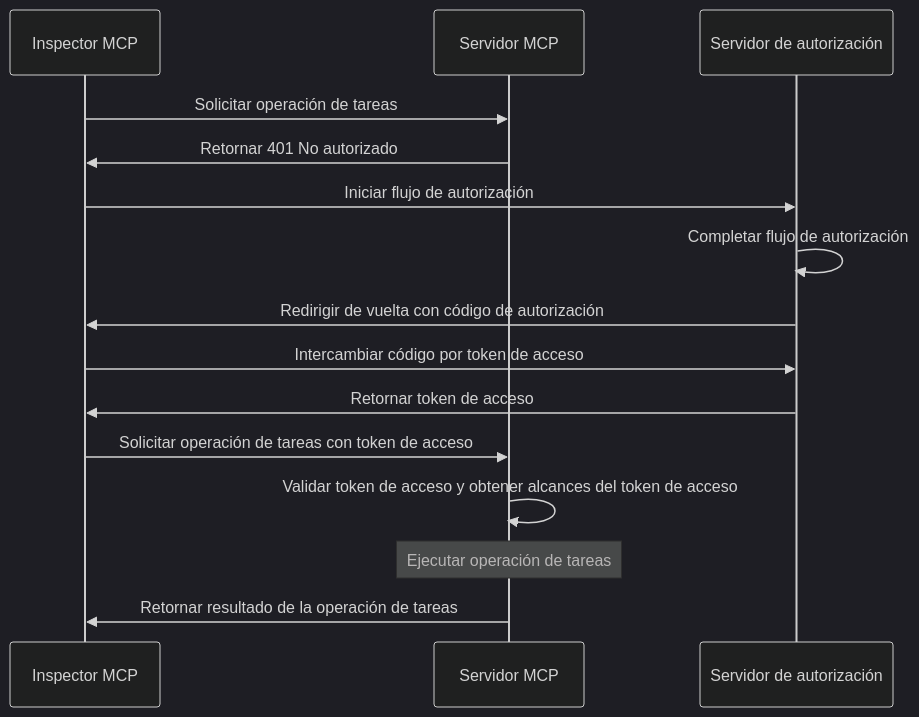
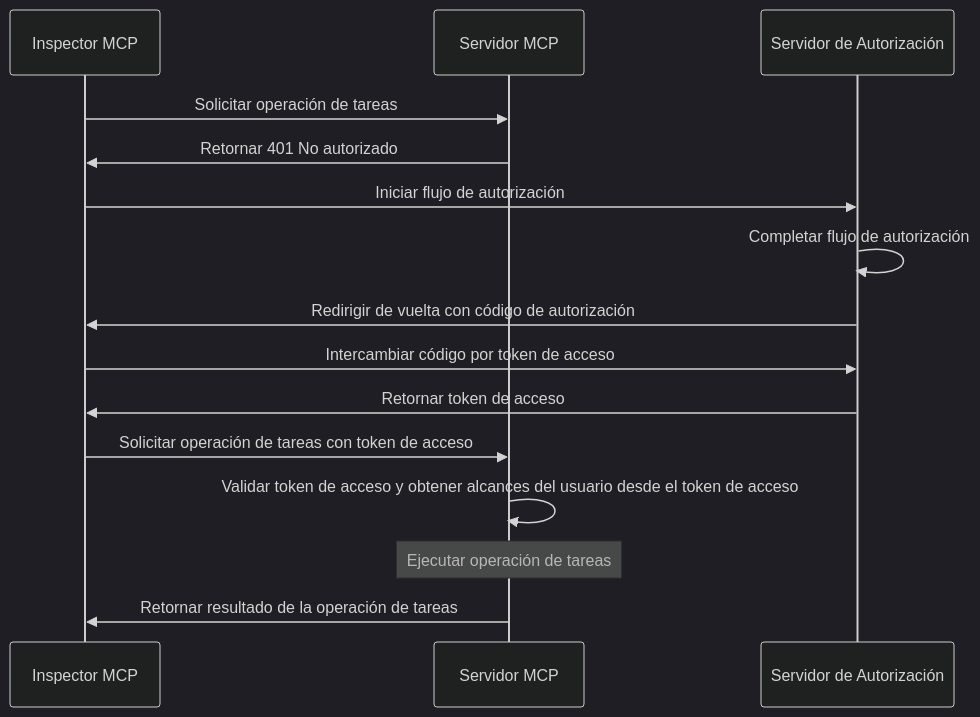
One commit to mcp-auth/docs changed the first of 2 diagrams in i18n/es/docusaurus-plugin-content-docs/current/tutorials/todo-manager/README.mdx. Above: the diagram before and after it, drawn with Mermaid (dark theme). The commit also changed other lines of this file and 17 other files, not shown here.

````diff
--- a/i18n/es/docusaurus-plugin-content-docs/current/tutorials/todo-manager/README.mdx
+++ b/i18n/es/docusaurus-plugin-content-docs/current/tutorials/todo-manager/README.mdx
@@ -35,18 +35,18 @@
 ```mermaid
 sequenceDiagram
     participant Cliente as Inspector MCP
     participant Servidor as Servidor MCP
-    participant Auth as Servidor de autorización
+    participant Auth as Servidor de Autorización
 
     Cliente->>Servidor: Solicitar operación de tareas
     Servidor->>Cliente: Retornar 401 No autorizado
     Cliente->>Auth: Iniciar flujo de autorización
     Auth->>Auth: Completar flujo de autorización
     Auth->>Cliente: Redirigir de vuelta con código de autorización
     Cliente->>Auth: Intercambiar código por token de acceso
     Auth->>Cliente: Retornar token de acceso
     Cliente->>Servidor: Solicitar operación de tareas con token de acceso
-    Servidor->>Servidor: Validar token de acceso y obtener alcances del token de acceso
+    Servidor->>Servidor: Validar token de acceso y obtener alcances del usuario desde el token de acceso
     Note over Servidor: Ejecutar operación de tareas
     Servidor->>Cliente: Retornar resultado de la operación de tareas
 ```
````
